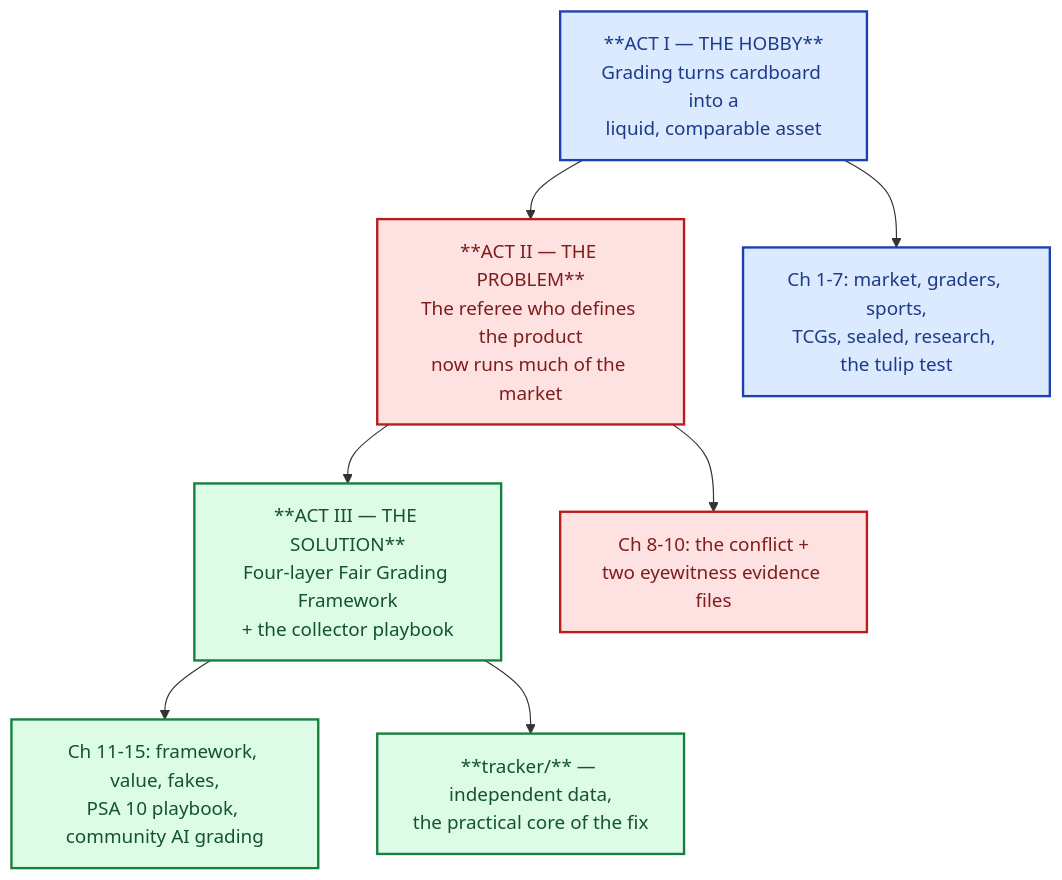
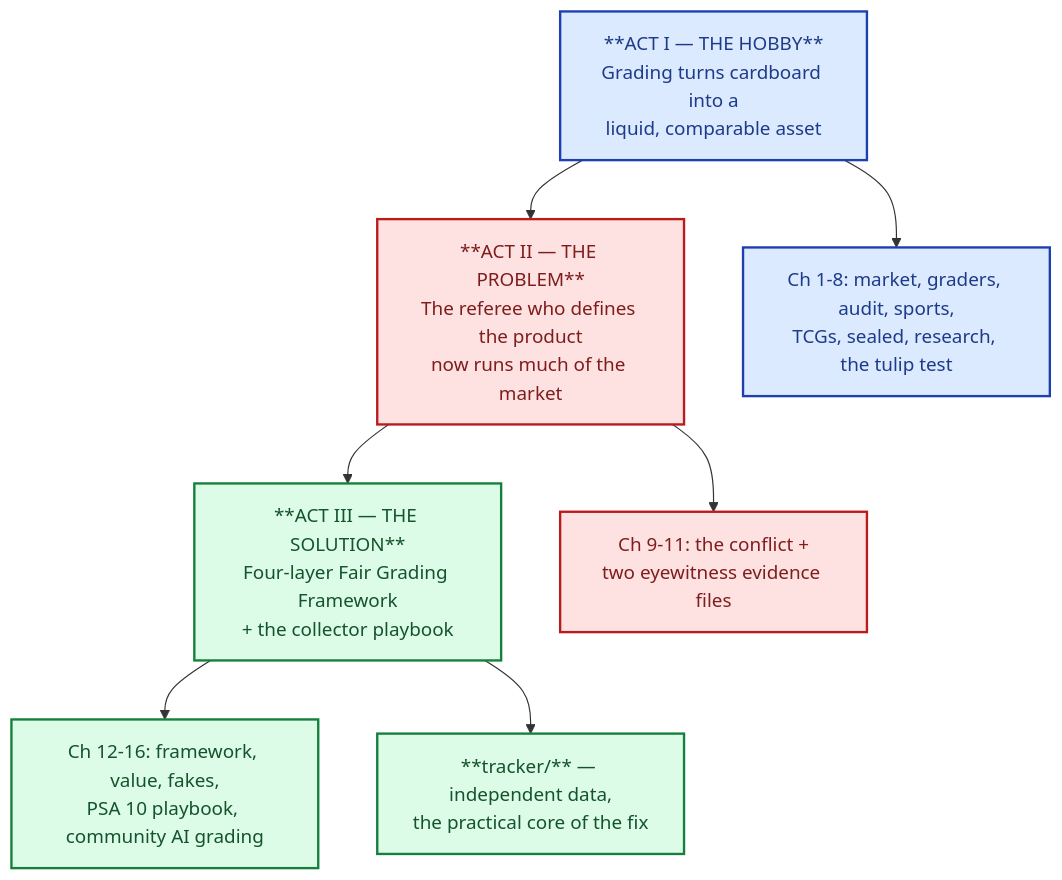
The diagram in README.md (m0n3r0/trading-card-collector), drawn with Mermaid before and after one commit. The commit also changed other lines of this file and 16 other files, not shown here.

````diff
--- a/README.md
+++ b/README.md
@@ -6,22 +6,22 @@
 ```mermaid
 
 flowchart TD
 classDef act1 fill:#dbeafe,stroke:#1e40af,stroke-width:2px,color:#1e3a8a;
 classDef act2 fill:#fee2e2,stroke:#b91c1c,stroke-width:2px,color:#7f1d1d;
 classDef act3 fill:#dcfce7,stroke:#15803d,stroke-width:2px,color:#14532d;
 classDef key fill:#fde68a,stroke:#b45309,stroke-width:2.5px,color:#78350f;
 classDef risk fill:#fecaca,stroke:#991b1b,stroke-width:2px,color:#7f1d1d;
 classDef verify fill:#bbf7d0,stroke:#15803d,stroke-width:2px,color:#14532d;
 classDef unv fill:#fef3c7,stroke:#b45309,stroke-width:2px,stroke-dasharray:6 4,color:#78350f;
 classDef money fill:#fef9c3,stroke:#a16207,stroke-width:2px,color:#713f12;
 classDef flow fill:#f1f5f9,stroke:#64748b,stroke-width:1.5px,color:#334155;
 classDef endg fill:#e2e8f0,stroke:#475569,stroke-width:2px,color:#1e293b;
   A["**ACT I — THE HOBBY**<br/>Grading turns cardboard into a<br/>liquid, comparable asset"]:::act1 --> B
   B["**ACT II — THE PROBLEM**<br/>The referee who defines the product<br/>now runs much of the market"]:::act2 --> C
   C["**ACT III — THE SOLUTION**<br/>Four-layer Fair Grading Framework<br/>+ the collector playbook"]:::act3
 
-  A --> A1["Ch 1-7: market, graders, sports,<br/>TCGs, sealed, research, the tulip test"]:::act1
-  B --> B1["Ch 8-10: the conflict +<br/>two eyewitness evidence files"]:::act2
-  C --> C1["Ch 11-15: framework, value, fakes,<br/>PSA 10 playbook, community AI grading"]:::act3
+  A --> A1["Ch 1-8: market, graders, audit, sports,<br/>TCGs, sealed, research, the tulip test"]:::act1
+  B --> B1["Ch 9-11: the conflict +<br/>two eyewitness evidence files"]:::act2
+  C --> C1["Ch 12-16: framework, value, fakes,<br/>PSA 10 playbook, community AI grading"]:::act3
   C --> T["**tracker/** — independent data,<br/>the practical core of the fix"]:::act3
 ```
````
